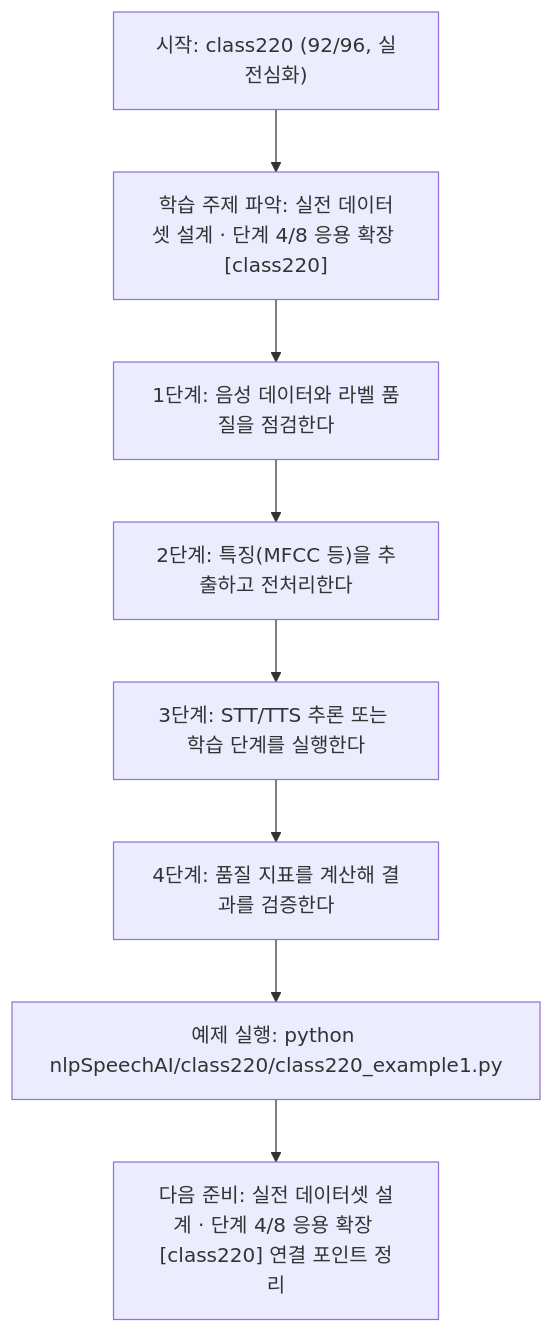
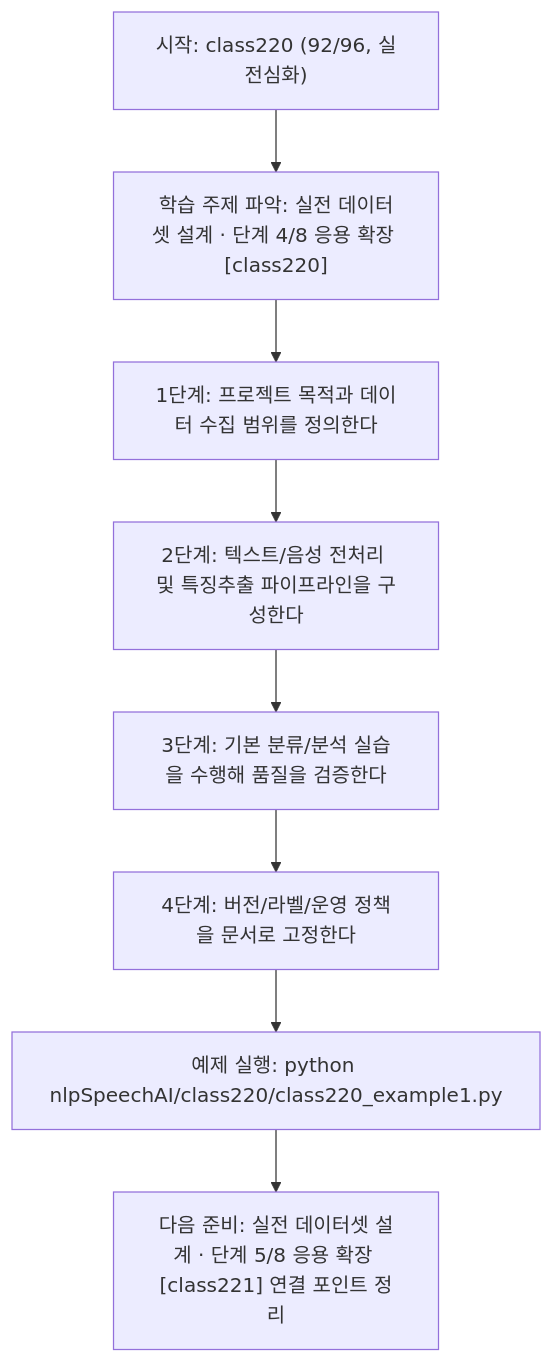
The diagram in nlpSpeechAI/class220/class220.md (edumgt/Python-AI_Agent-Class), drawn with Mermaid before and after one commit. The commit also changed other lines of this file and 1122 other files, not shown here.

````diff
--- a/nlpSpeechAI/class220/class220.md
+++ b/nlpSpeechAI/class220/class220.md
@@ -114,18 +95,18 @@
 ```mermaid
 flowchart TD
 N1["시작: class220 (92/96, 실전심화)"]
 N2["학습 주제 파악: 실전 데이터셋 설계 · 단계 4/8 응용 확장 [class220]"]
-N3["1단계: 음성 데이터와 라벨 품질을 점검한다"]
-N4["2단계: 특징(MFCC 등)을 추출하고 전처리한다"]
-N5["3단계: STT/TTS 추론 또는 학습 단계를 실행한다"]
-N6["4단계: 품질 지표를 계산해 결과를 검증한다"]
+N3["1단계: 프로젝트 목적과 데이터 수집 범위를 정의한다"]
+N4["2단계: 텍스트/음성 전처리 및 특징추출 파이프라인을 구성한다"]
+N5["3단계: 기본 분류/분석 실습을 수행해 품질을 검증한다"]
+N6["4단계: 버전/라벨/운영 정책을 문서로 고정한다"]
 N7["예제 실행: python nlpSpeechAI/class220/class220_example1.py"]
-N8["다음 준비: 실전 데이터셋 설계 · 단계 4/8 응용 확장 [class220] 연결 포인트 정리"]
+N8["다음 준비: 실전 데이터셋 설계 · 단계 5/8 응용 확장 [class221] 연결 포인트 정리"]
 N1 --> N2
 N2 --> N3
 N3 --> N4
 N4 --> N5
 N5 --> N6
 N6 --> N7
 N7 --> N8
 ```
````
